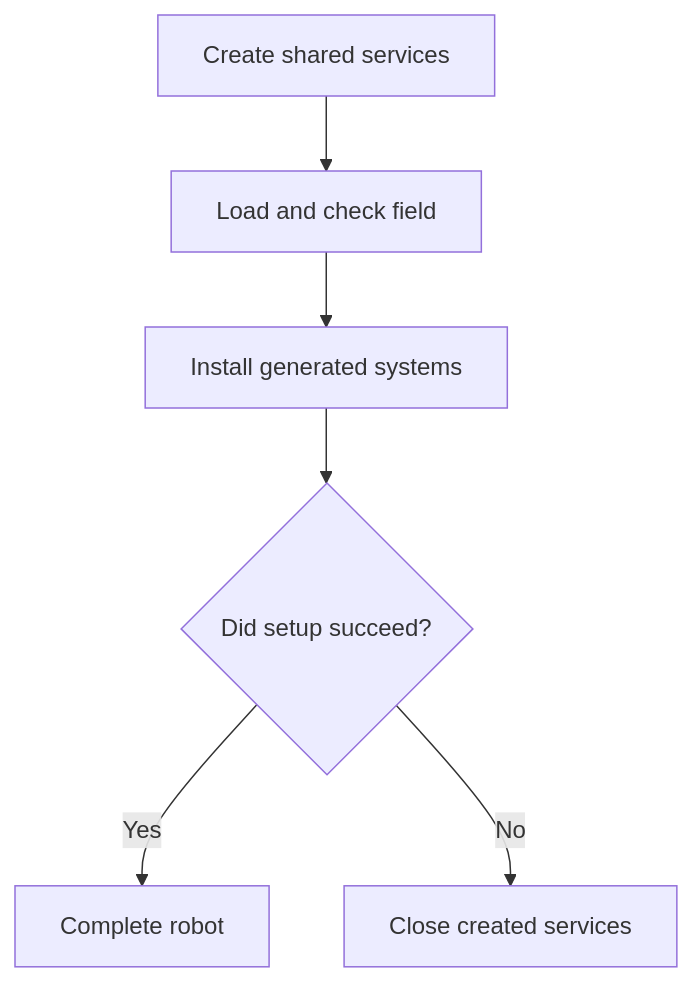
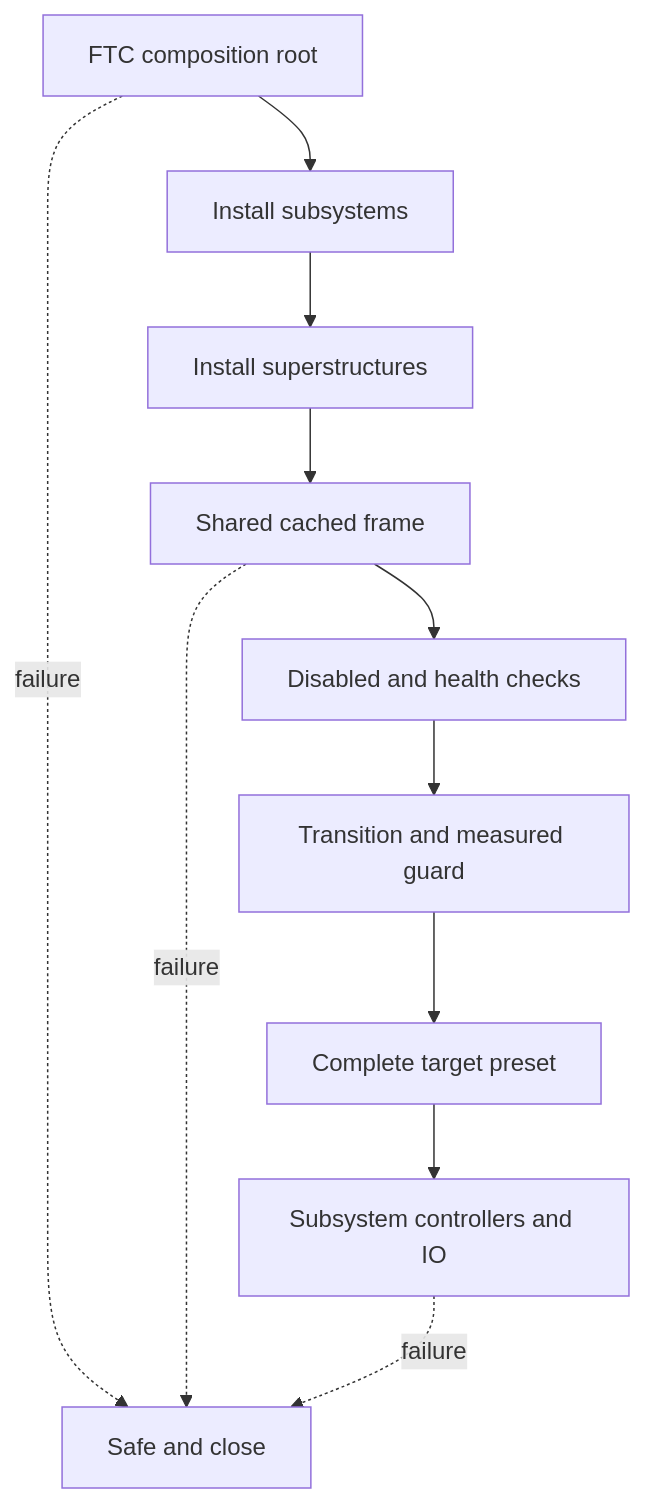
One commit to ARES-23247/ARESWEB changed the diagram in content/learning/current-robot/01-season-composition.md. Above: the diagram before and after it, drawn with Mermaid. The commit also changed other lines of this file and 9 other files, not shown here.

````diff
--- a/content/learning/current-robot/01-season-composition.md
+++ b/content/learning/current-robot/01-season-composition.md
@@ -18,9 +41,14 @@
 ```mermaid
-%% aria: The composition root creates shared services, loads the season field, installs generated subsystems, and then returns a complete robot or fails without returning a partial robot.
+%% aria: The FTC composition root installs subsystems and superstructures into the shared loop. Each frame checks disabled policy and health, evaluates one transition, resolves a complete target preset, and writes through subsystem safety boundaries. Any setup or frame failure goes to safe outputs.
 flowchart TD
-  A["Create shared services"] --> B["Load and check field"]
-  B --> C["Install generated systems"]
-  C --> D{"Did setup succeed?"}
-  D -->|Yes| E["Complete robot"]
-  D -->|No| F["Close created services"]
+  A["FTC composition root"] --> B["Install subsystems"]
+  B --> C["Install superstructures"]
+  C --> D["Shared cached frame"]
+  D --> E["Disabled and health checks"]
+  E --> F["Transition and measured guard"]
+  F --> G["Complete target preset"]
+  G --> H["Subsystem controllers and IO"]
+  A -. failure .-> S["Safe and close"]
+  D -. failure .-> S
+  H -. failure .-> S
 ```
````
